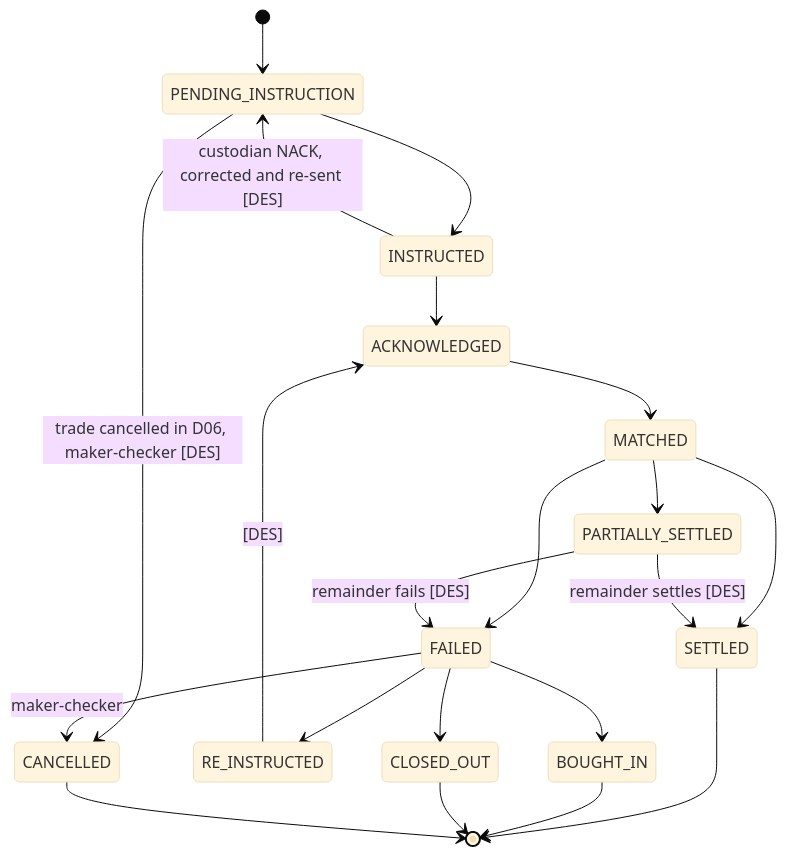
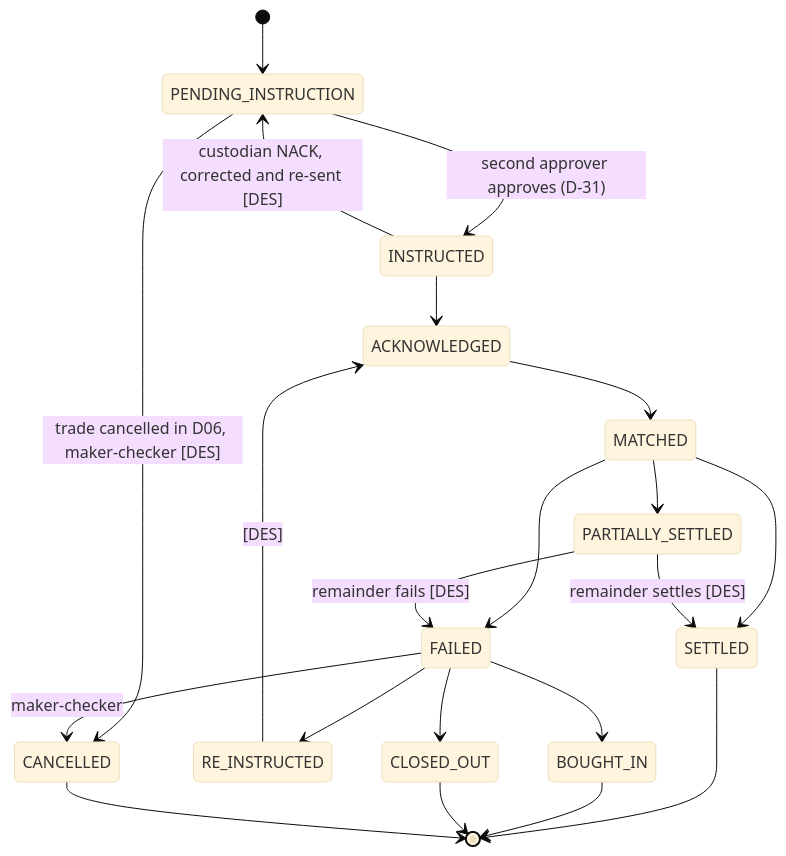
The diagram in docs/03_product_requirements/PRD-007_settlement_management.md (suchitdubey7/AMC-OS), drawn with Mermaid (base theme) before and after one commit. The commit also changed other lines of this file and 17 other files, not shown here.

````diff
--- a/docs/03_product_requirements/PRD-007_settlement_management.md
+++ b/docs/03_product_requirements/PRD-007_settlement_management.md
@@ -94,23 +94,23 @@
 ```mermaid
 stateDiagram-v2
   [*] --> PENDING_INSTRUCTION
-  PENDING_INSTRUCTION --> INSTRUCTED
+  PENDING_INSTRUCTION --> INSTRUCTED: second approver approves (D-31)
   PENDING_INSTRUCTION --> CANCELLED: trade cancelled in D06, maker-checker [DES]
   INSTRUCTED --> ACKNOWLEDGED
   INSTRUCTED --> PENDING_INSTRUCTION: custodian NACK, corrected and re-sent [DES]
   ACKNOWLEDGED --> MATCHED
   MATCHED --> SETTLED
   MATCHED --> PARTIALLY_SETTLED
   MATCHED --> FAILED
   PARTIALLY_SETTLED --> SETTLED: remainder settles [DES]
   PARTIALLY_SETTLED --> FAILED: remainder fails [DES]
   FAILED --> RE_INSTRUCTED
   FAILED --> BOUGHT_IN
   FAILED --> CLOSED_OUT
   FAILED --> CANCELLED: maker-checker
   RE_INSTRUCTED --> ACKNOWLEDGED: [DES]
   SETTLED --> [*]
   BOUGHT_IN --> [*]
   CLOSED_OUT --> [*]
   CANCELLED --> [*]
 ```
````
